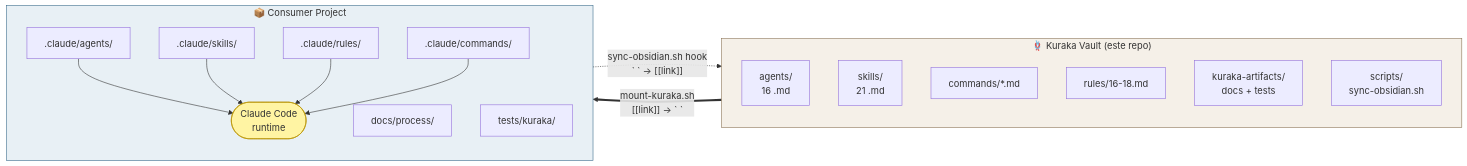
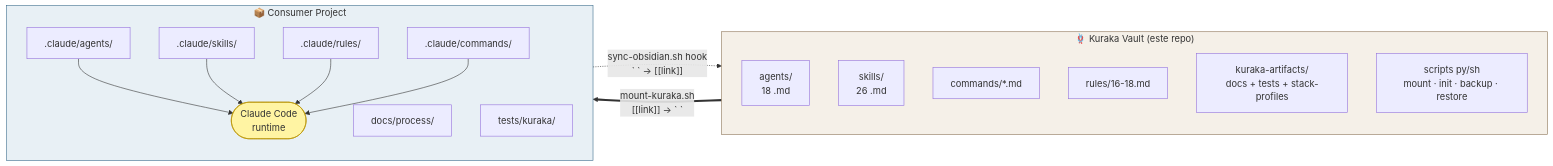
One commit to xaman1990/kuraka changed the first of 4 diagrams in README.md. Above: the diagram before and after it, drawn with Mermaid. The commit also changed other lines of this file and 2 other files, not shown here.

First line of the commit message:
Add one-command installer + `kuraka` CLI + README install/usage flow

````diff
--- a/README.md
+++ b/README.md
@@ -20,31 +32,31 @@
 ```mermaid
 flowchart LR
     subgraph Vault["🪢 Kuraka Vault (este repo)"]
         direction TB
-        VA["agents/<br/>16 .md"]
-        VS["skills/<br/>21 .md"]
+        VA["agents/<br/>18 .md"]
+        VS["skills/<br/>26 .md"]
         VC["commands/*.md"]
         VR["rules/16-18.md"]
-        VK["kuraka-artifacts/<br/>docs + tests"]
-        VSC["scripts/<br/>sync-obsidian.sh"]
+        VK["kuraka-artifacts/<br/>docs + tests + stack-profiles"]
+        VSC["scripts py/sh<br/>mount · init · backup · restore"]
     end
 
     subgraph Project["📦 Consumer Project"]
         direction TB
         PA[".claude/agents/"]
         PS[".claude/skills/"]
         PC[".claude/commands/"]
         PR[".claude/rules/"]
         PD["docs/process/"]
         PT["tests/kuraka/"]
         CC([Claude Code<br/>runtime])
     end
 
     Vault ==>|"mount-kuraka.sh<br/>[[link]] → ` `"| Project
     Project -.->|"sync-obsidian.sh hook<br/>` ` → [[link]]"| Vault
     PA & PS & PR & PC --> CC
 
     style Vault fill:#f5f0e8,stroke:#8b7355
     style Project fill:#e8f0f5,stroke:#3a6b8b
     style CC fill:#fff4a3,stroke:#b89200
 ```
````
